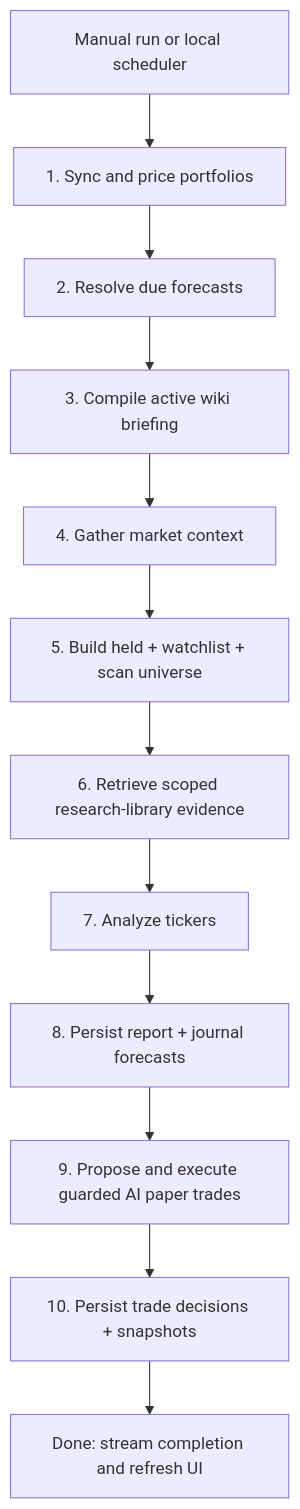
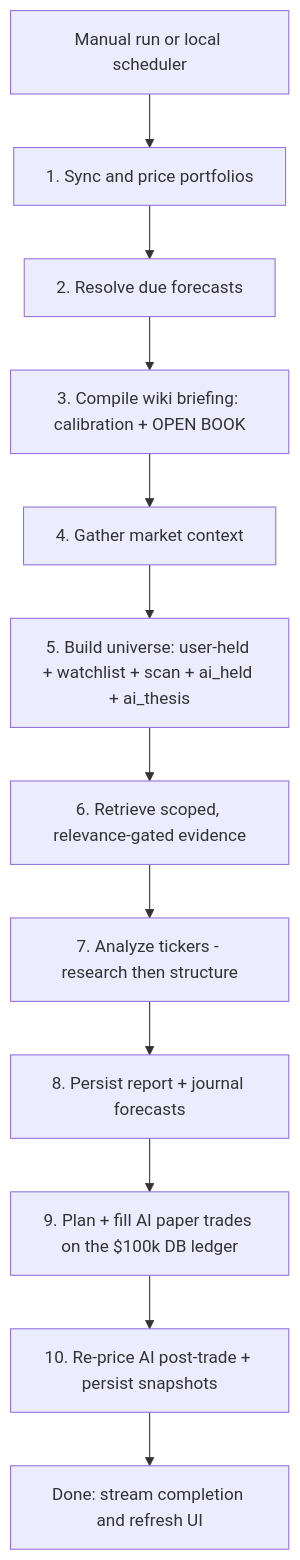
The diagram in docs/architecture-and-roadmap.md (25eliu/portfolio), drawn with Mermaid before and after one commit. The commit also changed other lines of this file, not shown here.

Commit message:
docs: refresh living architecture — isolated $100k ledger, thesis universe, wiki open-book, relevance floor; add maintenance header

````diff
--- a/docs/architecture-and-roadmap.md
+++ b/docs/architecture-and-roadmap.md
@@ -130,14 +156,14 @@
 ```mermaid
 flowchart TD
     T[Manual run or local scheduler] --> A[1. Sync and price portfolios]
     A --> B[2. Resolve due forecasts]
-    B --> C[3. Compile active wiki briefing]
+    B --> C[3. Compile wiki briefing: calibration + OPEN BOOK]
     C --> D[4. Gather market context]
-    D --> E[5. Build held + watchlist + scan universe]
-    E --> F[6. Retrieve scoped research-library evidence]
-    F --> G[7. Analyze tickers]
+    D --> E[5. Build universe: user-held + watchlist + scan + ai_held + ai_thesis]
+    E --> F[6. Retrieve scoped, relevance-gated evidence]
+    F --> G[7. Analyze tickers - research then structure]
     G --> H[8. Persist report + journal forecasts]
-    H --> I[9. Propose and execute guarded AI paper trades]
-    I --> J[10. Persist trade decisions + snapshots]
+    H --> I[9. Plan + fill AI paper trades on the $100k DB ledger]
+    I --> J[10. Re-price AI post-trade + persist snapshots]
     J --> K[Done: stream completion and refresh UI]
 ```
````
